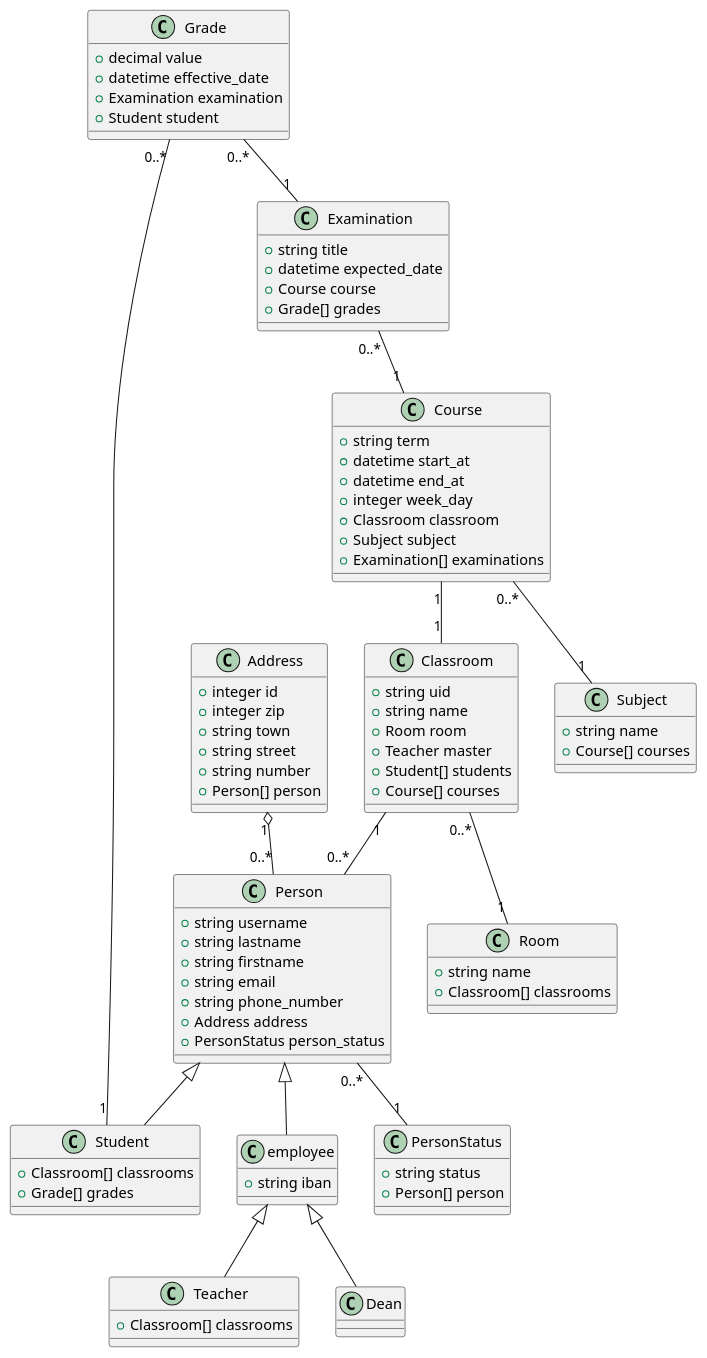
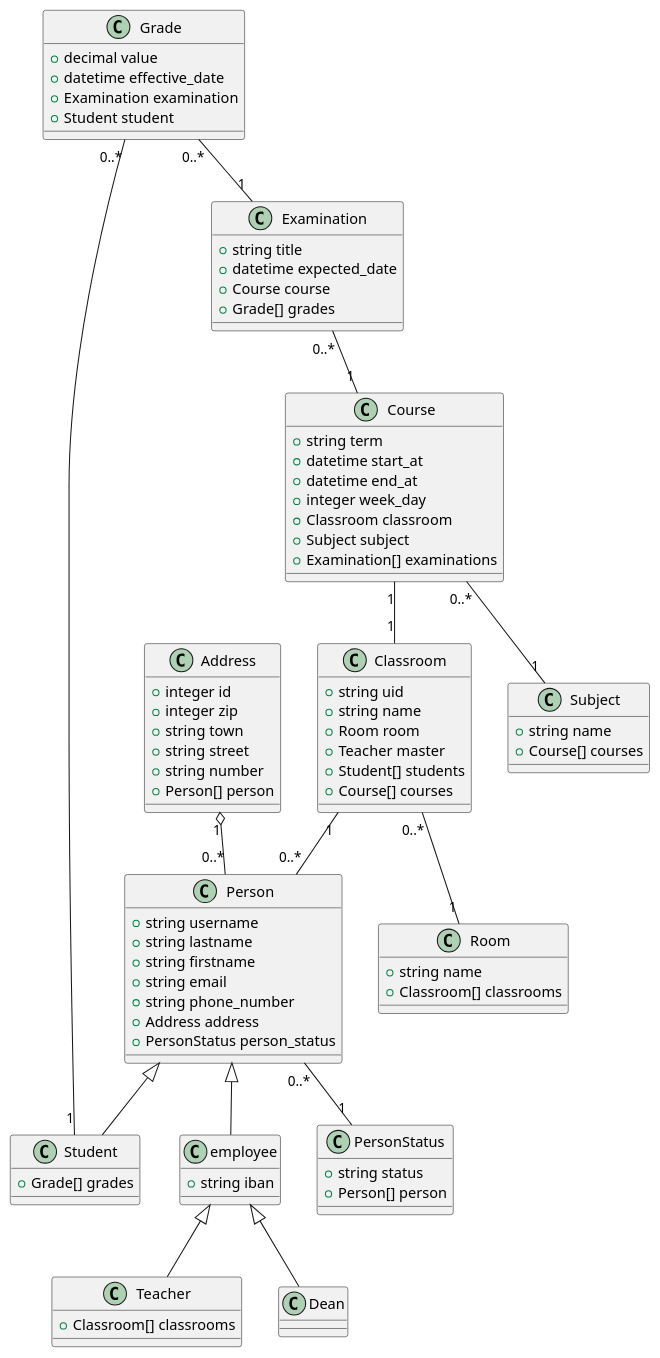
The diagram in docs/class_diagram.puml (JuilletMikael/school_managment), drawn with PlantUML before and after one commit.

Commit message:
docs: update documentation diagram

```diff
--- a/docs/class_diagram.puml
+++ b/docs/class_diagram.puml
@@ -1,102 +1,101 @@
 @startuml
 
 class Address {
   +integer id
   +integer zip
   +string town
   +string street
   +string number
   +Person[] person
 }
 
 class Person {
   +string username
   +string lastname
   +string firstname
   +string email
   +string phone_number
   +Address address
   +PersonStatus person_status
 }
 
 class Teacher {
   +Classroom[] classrooms
 }
 
 class Student {
-  +Classroom[] classrooms
   +Grade[] grades
 }
 
 class Dean {
 }
 
 class employee {
 +string iban
 }
 
 class PersonStatus {
   +string status
   +Person[] person
 }
 
 class Classroom {
   +string uid
   +string name
   +Room room
   +Teacher master
   +Student[] students
   +Course[] courses
 }
 
 class Course {
   +string term
   +datetime start_at
   +datetime end_at
   +integer week_day
   +Classroom classroom
   +Subject subject
   +Examination[] examinations
 }
 
 class Subject {
   +string name
   +Course[] courses
 }
 
 class Examination {
   +string title
   +datetime expected_date
   +Course course
   +Grade[] grades
 }
 
 class Grade {
   +decimal value
   +datetime effective_date
   +Examination examination
   +Student student
 }
 
 class Room {
   +string name
   +Classroom[] classrooms
 }
 
 
 Address "1" o-- "0..*" Person
 Person "0..*" -- "1" PersonStatus
 Classroom "0..*" -- "1" Room
 Classroom "1" -- "0..*" Person
 Course "1" -- "1" Classroom
 Course "0..*" -- "1" Subject
 Examination "0..*" -- "1" Course
 Grade "0..*" -- "1" Examination
 Grade "0..*" -- "1" Student
 
 Person <|-- employee
 Person <|-- Student
 employee <|-- Teacher
 employee <|-- Dean
 
 @enduml
```
